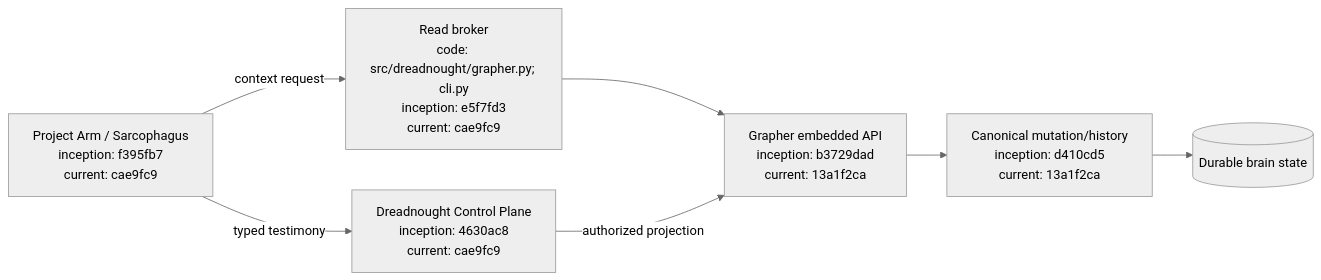
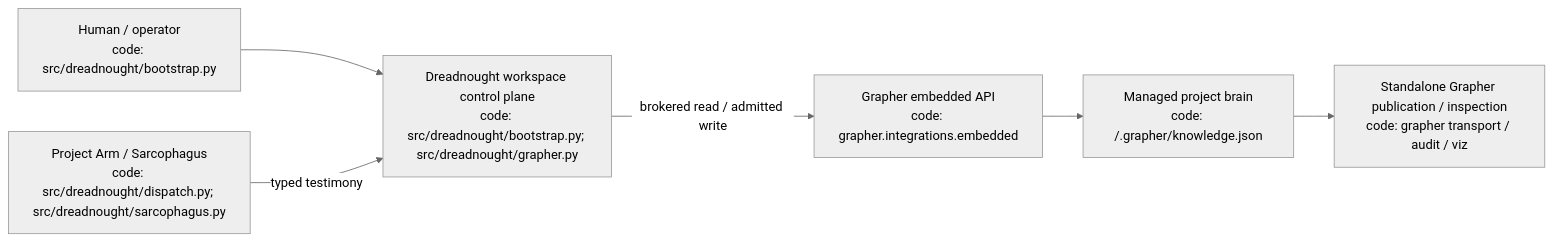
Before and after one commit to seanbman/dreadnought: the first of 2 diagrams in docs/GRAPHER_INTEGRATION.md, drawn with Mermaid (neutral theme). The commit also changed other lines of this file, not shown here.

Commit message:
docs: align Grapher integration with workspace bootstrap

````diff
--- a/docs/GRAPHER_INTEGRATION.md
+++ b/docs/GRAPHER_INTEGRATION.md
@@ -66,9 +102,8 @@
 ```mermaid
 flowchart LR
-    A["Project Arm / Sarcophagus\ninception: f395fb7\ncurrent: cae9fc9"] -->|typed testimony| D["Dreadnought Control Plane\ninception: 4630ac8\ncurrent: cae9fc9"]
-    A -->|context request| R["Read broker\ncode: src/dreadnought/grapher.py; cli.py\ninception: e5f7fd3\ncurrent: cae9fc9"]
-    R --> E["Grapher embedded API\ninception: b3729dad\ncurrent: 13a1f2ca"]
-    D -->|authorized projection| E
-    E --> G["Canonical mutation/history\ninception: d410cd5\ncurrent: 13a1f2ca"]
-    G --> B[("Durable brain state")]
+    H["Human / operator\ncode: src/dreadnought/bootstrap.py"] --> D["Dreadnought workspace control plane\ncode: src/dreadnought/bootstrap.py; src/dreadnought/grapher.py"]
+    A["Project Arm / Sarcophagus\ncode: src/dreadnought/dispatch.py; src/dreadnought/sarcophagus.py"] -->|typed testimony| D
+    D -->|brokered read / admitted write| E["Grapher embedded API\ncode: grapher.integrations.embedded"]
+    E --> G["Managed project brain\ncode: <project>/.grapher/knowledge.json"]
+    G --> P["Standalone Grapher publication / inspection\ncode: grapher transport / audit / viz"]
 ```
````
